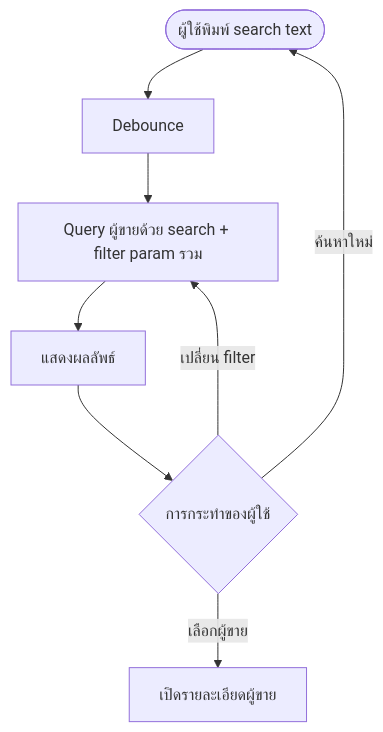
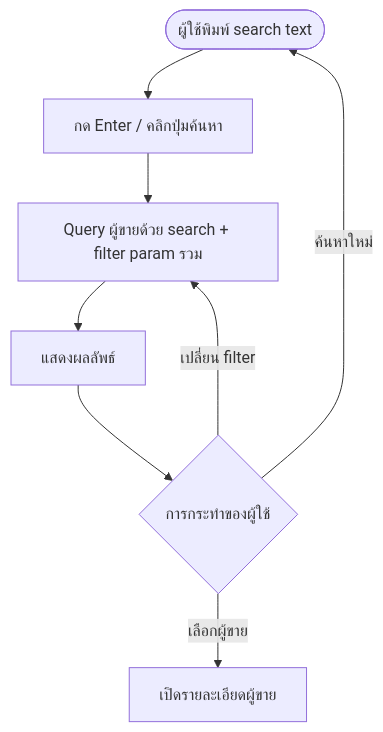
One commit to CarmenSoftware-organization/carmen-wiki changed the diagram in th/inventory/master-data/vendor.md. Above: the diagram before and after it, drawn with Mermaid. The commit also changed other lines of this file and 20 other files, not shown here.

Commit message:
fix(product,master-data,recipe): correct 13 diagrams against code, drop disabled-export diagram (review round 1)

````diff
--- a/th/inventory/master-data/vendor.md
+++ b/th/inventory/master-data/vendor.md
@@ -39,10 +39,10 @@
 ```mermaid
 flowchart TD
-    Start(["ผู้ใช้พิมพ์ search text"]) --> Debounce["Debounce"]
-    Debounce --> Query["Query ผู้ขายด้วย search + filter param รวม"]
+    Start(["ผู้ใช้พิมพ์ search text"]) --> Submit["กด Enter / คลิกปุ่มค้นหา"]
+    Submit --> Query["Query ผู้ขายด้วย search + filter param รวม"]
     Query --> Display["แสดงผลลัพธ์"]
     Display --> UserAction{"การกระทำของผู้ใช้"}
     UserAction -->|"เลือกผู้ขาย"| OpenProfile["เปิดรายละเอียดผู้ขาย"]
     UserAction -->|"เปลี่ยน filter"| Query
     UserAction -->|"ค้นหาใหม่"| Start
 ```
````
